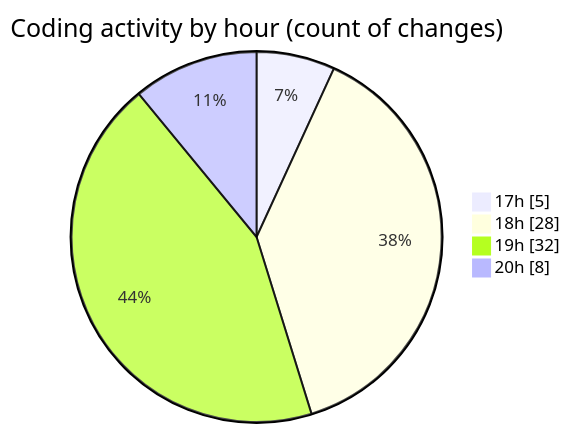
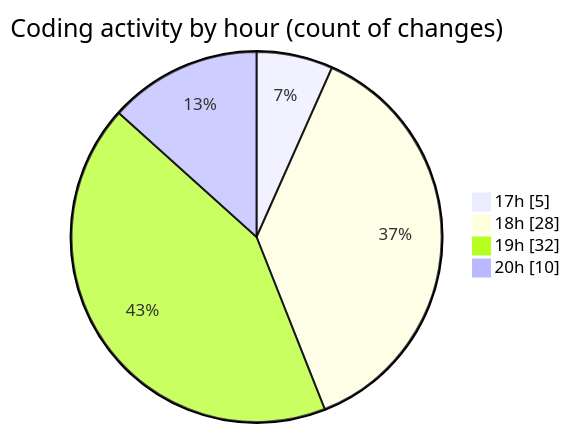
One commit to donsfak/code-tracking changed the second of 2 diagrams in 2025-01-01/uber_clone/README.md. Above: the diagram before and after it, drawn with Mermaid. The commit also changed other lines of this file and 1 other file, not shown here.

````diff
--- a/2025-01-01/uber_clone/README.md
+++ b/2025-01-01/uber_clone/README.md
@@ -41,8 +41,8 @@
 ```mermaid
 pie showData
 title Coding activity by hour (count of changes)
 "17h" : 5
 "18h" : 28
 "19h" : 32
-"20h" : 8
+"20h" : 10
 ```
````
